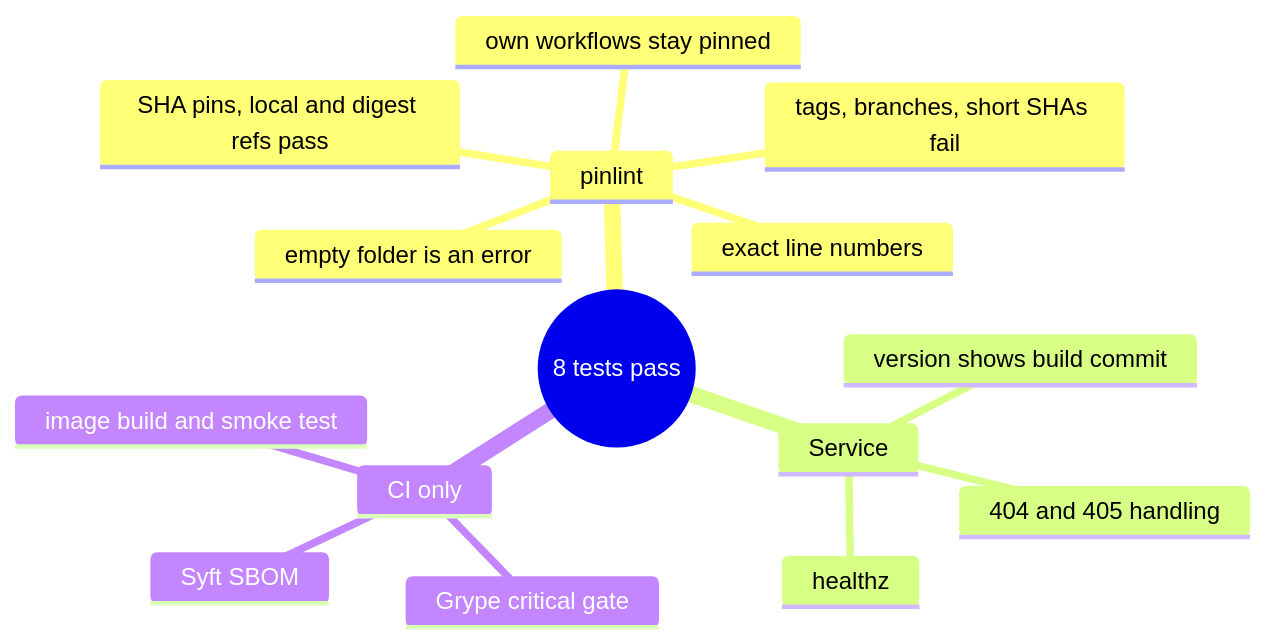
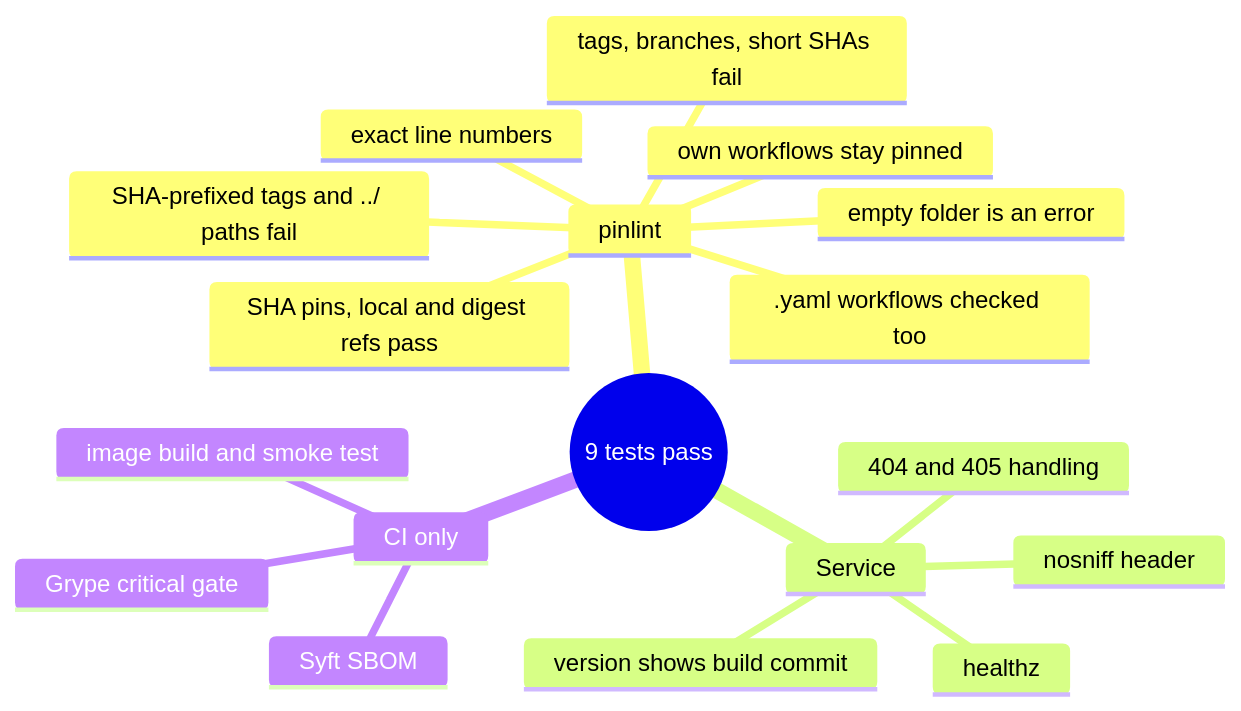
Before and after one commit to EquinoxWN/secure-supply-chain: the second of 2 diagrams in README.md, drawn with Mermaid. The commit also changed other lines of this file and 6 other files, not shown here.

````diff
--- a/README.md
+++ b/README.md
@@ -111,18 +113,21 @@
 ```mermaid
 mindmap
-  root((8 tests pass))
+  root((9 tests pass))
     pinlint
       SHA pins, local and digest refs pass
       tags, branches, short SHAs fail
+      SHA-prefixed tags and ../ paths fail
       exact line numbers
       own workflows stay pinned
       empty folder is an error
+      .yaml workflows checked too
     Service
       healthz
       version shows build commit
+      nosniff header
       404 and 405 handling
     CI only
       image build and smoke test
       Syft SBOM
       Grype critical gate
 ```
````
